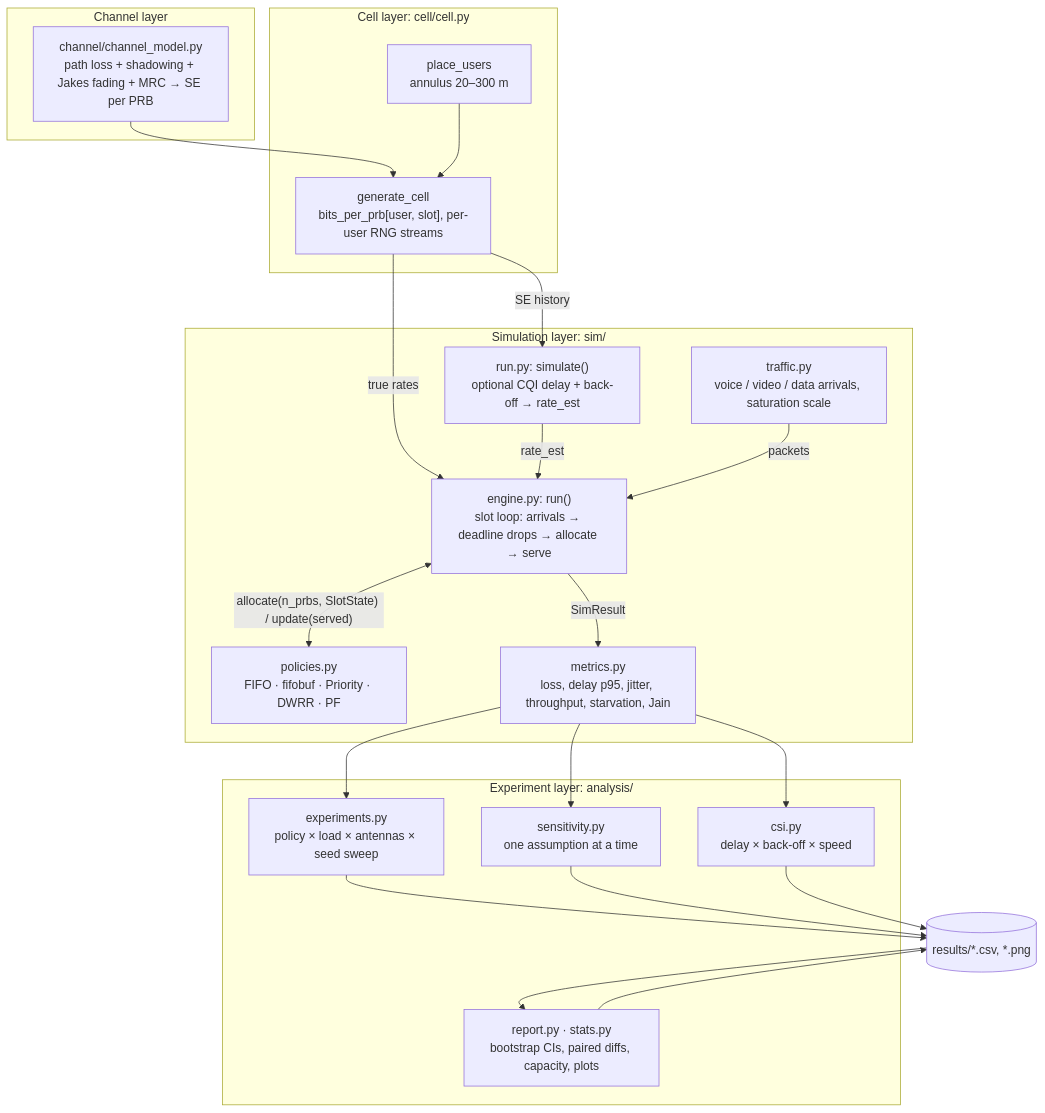
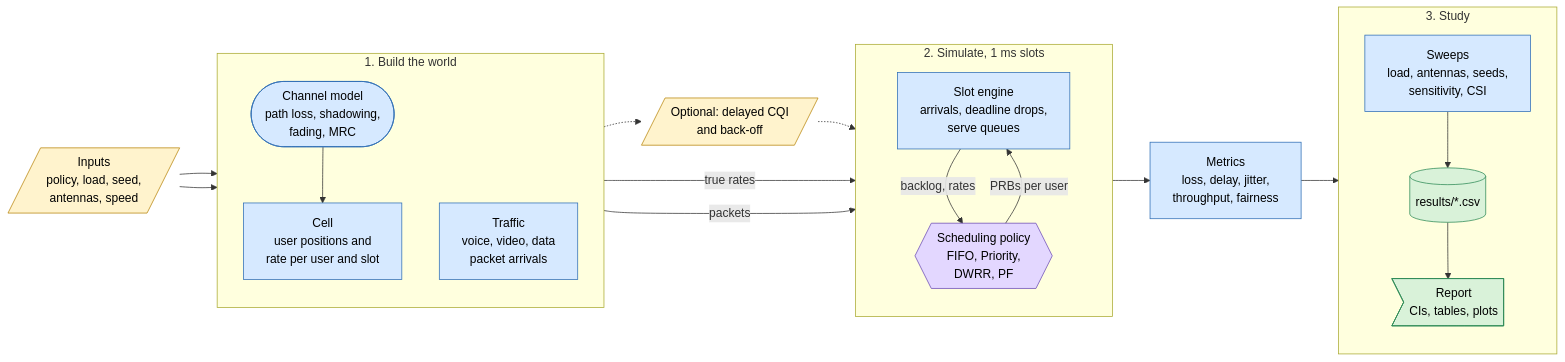
One commit to henriquebueno45/5G-Multiuser-Scheduling-over-Fading-Channels changed the diagram in README.md. Above: the diagram before and after it, drawn with Mermaid. The commit also changed other lines of this file, not shown here.

Commit message:
Simplify the architecture diagram in the README

````diff
--- a/README.md
+++ b/README.md
@@ -24,41 +24,47 @@
 ```mermaid
-flowchart TB
-    subgraph L1["Channel layer"]
-        CH["channel/channel_model.py<br/>path loss + shadowing + Jakes fading + MRC → SE per PRB"]
+flowchart LR
+    IN[/"Inputs<br/>policy, load, seed,<br/>antennas, speed"/]
+
+    subgraph WORLD["1. Build the world"]
+        direction TB
+        CH(["Channel model<br/>path loss, shadowing,<br/>fading, MRC"])
+        CELL["Cell<br/>user positions and<br/>rate per user and slot"]
+        TRAF["Traffic<br/>voice, video, data<br/>packet arrivals"]
+        CH --> CELL
     end
-    subgraph L2["Cell layer: cell/cell.py"]
-        PL["place_users<br/>annulus 20–300 m"]
-        GC["generate_cell<br/>bits_per_prb[user, slot], per-user RNG streams"]
+
+    subgraph SIM["2. Simulate, 1 ms slots"]
+        direction TB
+        ENG["Slot engine<br/>arrivals, deadline drops,<br/>serve queues"]
+        POL{{"Scheduling policy<br/>FIFO, Priority,<br/>DWRR, PF"}}
+        ENG -- "backlog, rates" --> POL
+        POL -- "PRBs per user" --> ENG
     end
-    subgraph L3["Simulation layer: sim/"]
-        TR["traffic.py<br/>voice / video / data arrivals, saturation scale"]
-        CSI["run.py: simulate()<br/>optional CQI delay + back-off → rate_est"]
-        ENG["engine.py: run()<br/>slot loop: arrivals → deadline drops → allocate → serve"]
-        POL["policies.py<br/>FIFO · fifobuf · Priority · DWRR · PF"]
-        MET["metrics.py<br/>loss, delay p95, jitter, throughput, starvation, Jain"]
+
+    CSI[/"Optional: delayed CQI<br/>and back-off"/]
+    MET["Metrics<br/>loss, delay, jitter,<br/>throughput, fairness"]
+
+    subgraph STUDY["3. Study"]
+        direction TB
+        SWEEP["Sweeps<br/>load, antennas, seeds,<br/>sensitivity, CSI"]
+        DB[("results/*.csv")]
+        REP>"Report<br/>CIs, tables, plots"]
+        SWEEP --> DB --> REP
     end
-    subgraph L4["Experiment layer: analysis/"]
-        EXP["experiments.py<br/>policy × load × antennas × seed sweep"]
-        SENS["sensitivity.py<br/>one assumption at a time"]
-        CSIS["csi.py<br/>delay × back-off × speed"]
-        REP["report.py · stats.py<br/>bootstrap CIs, paired diffs, capacity, plots"]
-    end
-    OUT[("results/*.csv, *.png")]
 
-    CH --> GC
-    PL --> GC
-    GC -- "true rates" --> ENG
-    GC -- "SE history" --> CSI
-    CSI -- "rate_est" --> ENG
-    TR -- "packets" --> ENG
-    ENG <-- "allocate(n_prbs, SlotState) / update(served)" --> POL
-    ENG -- "SimResult" --> MET
-    MET --> EXP
-    MET --> SENS
-    MET --> CSIS
-    EXP --> OUT
-    SENS --> OUT
-    CSIS --> OUT
-    OUT --> REP
-    REP --> OUT
+    IN --> CH
+    IN --> TRAF
+    CELL -- "true rates" --> ENG
+    CELL -.-> CSI -.-> ENG
+    TRAF -- "packets" --> ENG
+    ENG --> MET --> SWEEP
+
+    classDef input fill:#fff3cd,stroke:#b8860b,color:#000
+    classDef core fill:#d6e9ff,stroke:#2f6eb5,color:#000
+    classDef policy fill:#e3d7ff,stroke:#6a4bb5,color:#000
+    classDef out fill:#d9f2d9,stroke:#2e8b57,color:#000
+    class IN,CSI input
+    class CH,CELL,TRAF,ENG,MET,SWEEP core
+    class POL policy
+    class DB,REP out
 ```
````
